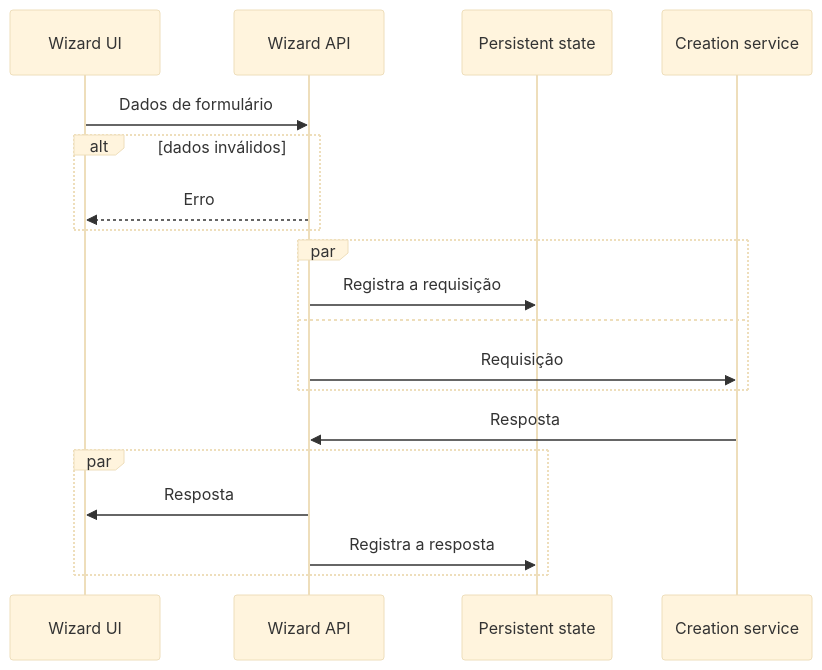
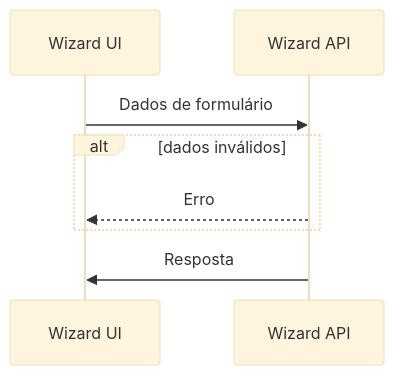
One commit to jaxyendy/wizard-ui changed the second of 3 diagrams in README.md. Above: the diagram before and after it, drawn with Mermaid (base theme). The commit also changed other lines of this file, not shown here.

Commit message:
Simplifica os diagramas do wizard UI com o BFF (API)

````diff
--- a/README.md
+++ b/README.md
@@ -60,17 +56,8 @@
 ```mermaid
 sequenceDiagram
     Wizard UI->>Wizard API: Dados de formulário
     alt dados inválidos
         Wizard API-->>Wizard UI: Erro
     end
-    par
-        Wizard API->>Persistent state: Registra a requisição
-    and
-        Wizard API->>Creation service: Requisição
-    end
-    Creation service->>Wizard API: Resposta
-    par
-        Wizard API->>Wizard UI: Resposta
-        Wizard API->>Persistent state: Registra a resposta
-    end
+    Wizard API->>Wizard UI: Resposta
 ```
````
